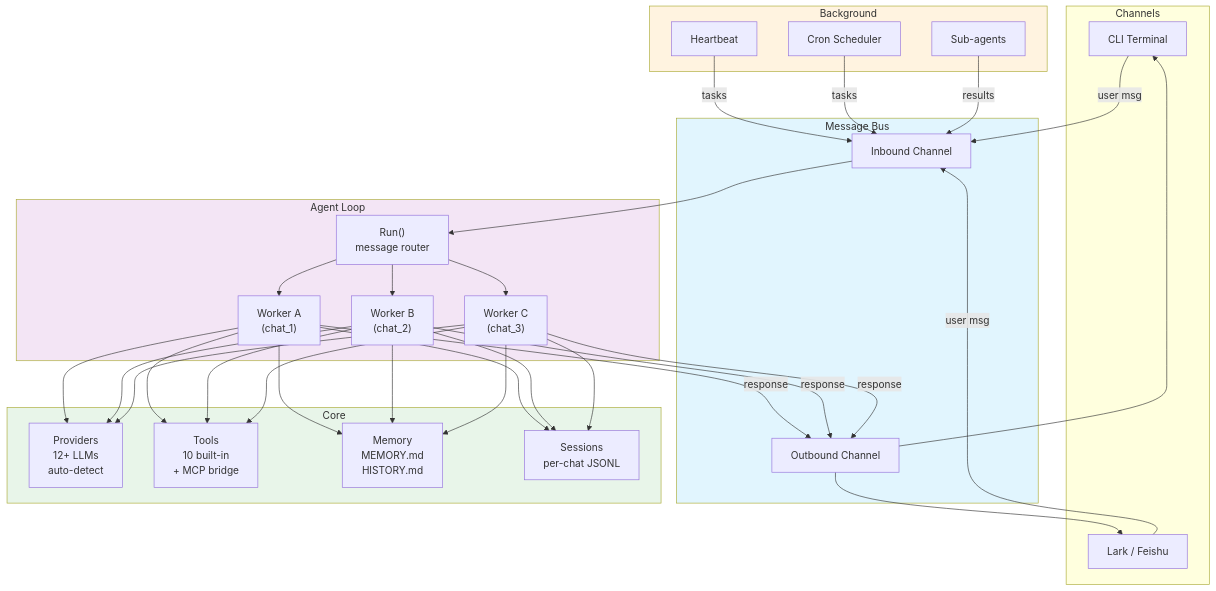
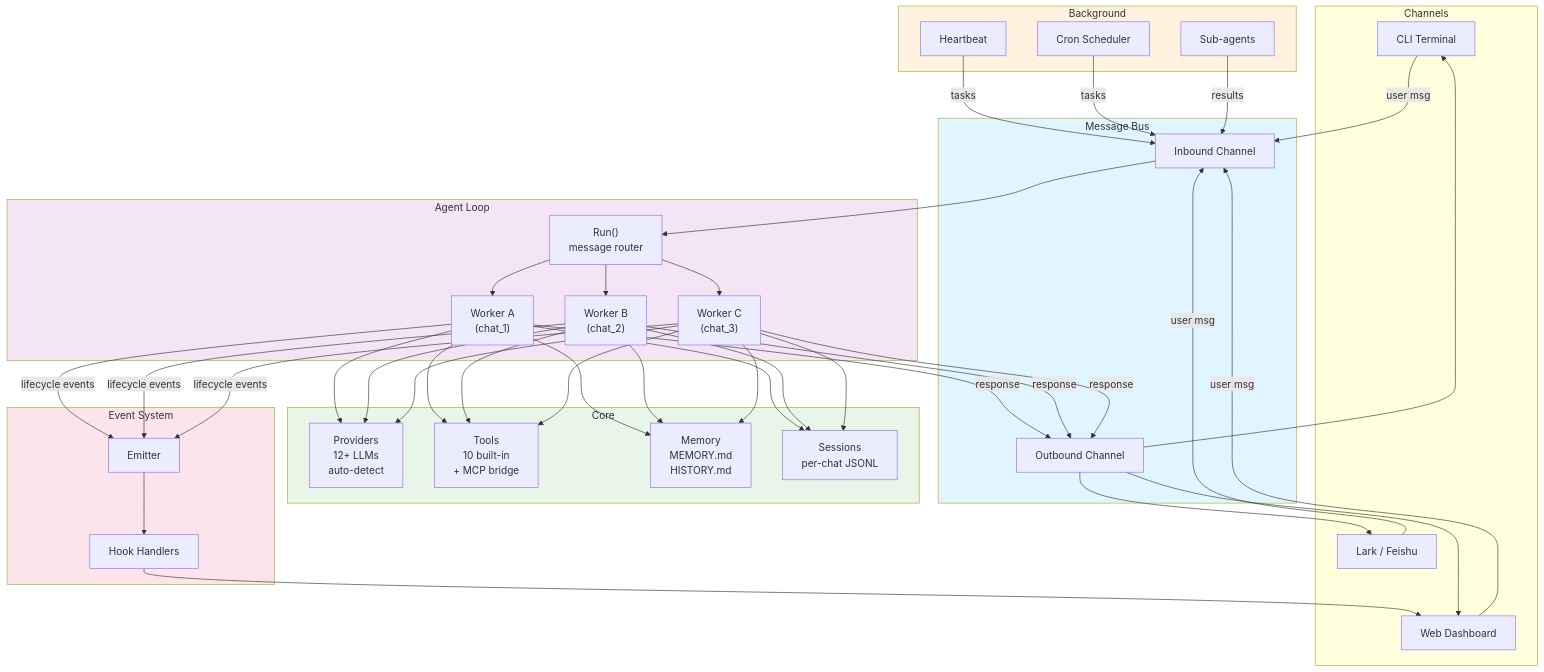
Before and after one commit to ddx-510/nano-bot-go: the first of 4 diagrams in README.md, drawn with Mermaid. The commit also changed other lines of this file and 13 other files, not shown here.

Commit message:
feat: add hook system

````diff
--- a/README.md
+++ b/README.md
@@ -22,65 +22,77 @@
 ```mermaid
 graph TB
     subgraph Channels
         CLI[CLI Terminal]
         Lark[Lark / Feishu]
+        DASH[Web Dashboard]
     end
 
     subgraph Bus["Message Bus"]
         IN[Inbound Channel]
         OUT[Outbound Channel]
     end
 
     subgraph Agent["Agent Loop"]
         RUN["Run()
         message router"]
         WA["Worker A
         (chat_1)"]
         WB["Worker B
         (chat_2)"]
         WC["Worker C
         (chat_3)"]
     end
 
     subgraph Core
         PROV["Providers
         12+ LLMs
         auto-detect"]
         TOOLS["Tools
         10 built-in
         + MCP bridge"]
         MEM["Memory
         MEMORY.md
         HISTORY.md"]
         SESS["Sessions
         per-chat JSONL"]
     end
 
+    subgraph Hooks["Event System"]
+        EMIT["Emitter"]
+        HOOK["Hook Handlers"]
+    end
+
     subgraph Background
         HB[Heartbeat]
         CRON[Cron Scheduler]
         SUB[Sub-agents]
     end
 
     CLI -->|user msg| IN
     Lark -->|user msg| IN
+    DASH -->|user msg| IN
     IN --> RUN
     RUN --> WA
     RUN --> WB
     RUN --> WC
     WA & WB & WC --> PROV
     WA & WB & WC --> TOOLS
     WA & WB & WC --> MEM
     WA & WB & WC --> SESS
     WA & WB & WC -->|response| OUT
+    WA & WB & WC -->|lifecycle events| EMIT
+    EMIT --> HOOK
+    HOOK --> DASH
     HB -->|tasks| IN
     CRON -->|tasks| IN
     SUB -->|results| IN
     OUT --> CLI
     OUT --> Lark
+    OUT --> DASH
 
     style Bus fill:#e1f5fe
     style Agent fill:#f3e5f5
     style Core fill:#e8f5e9
+    style Hooks fill:#fce4ec
     style Background fill:#fff3e0
 ```
````
